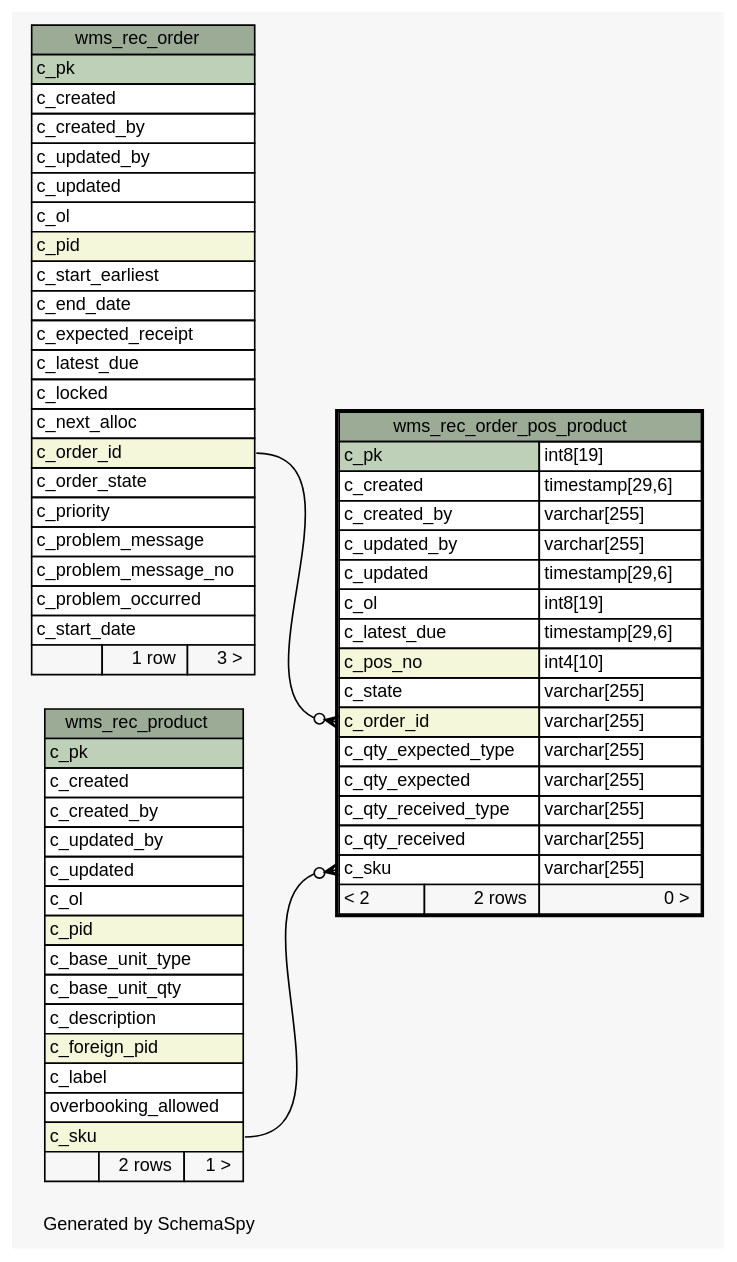
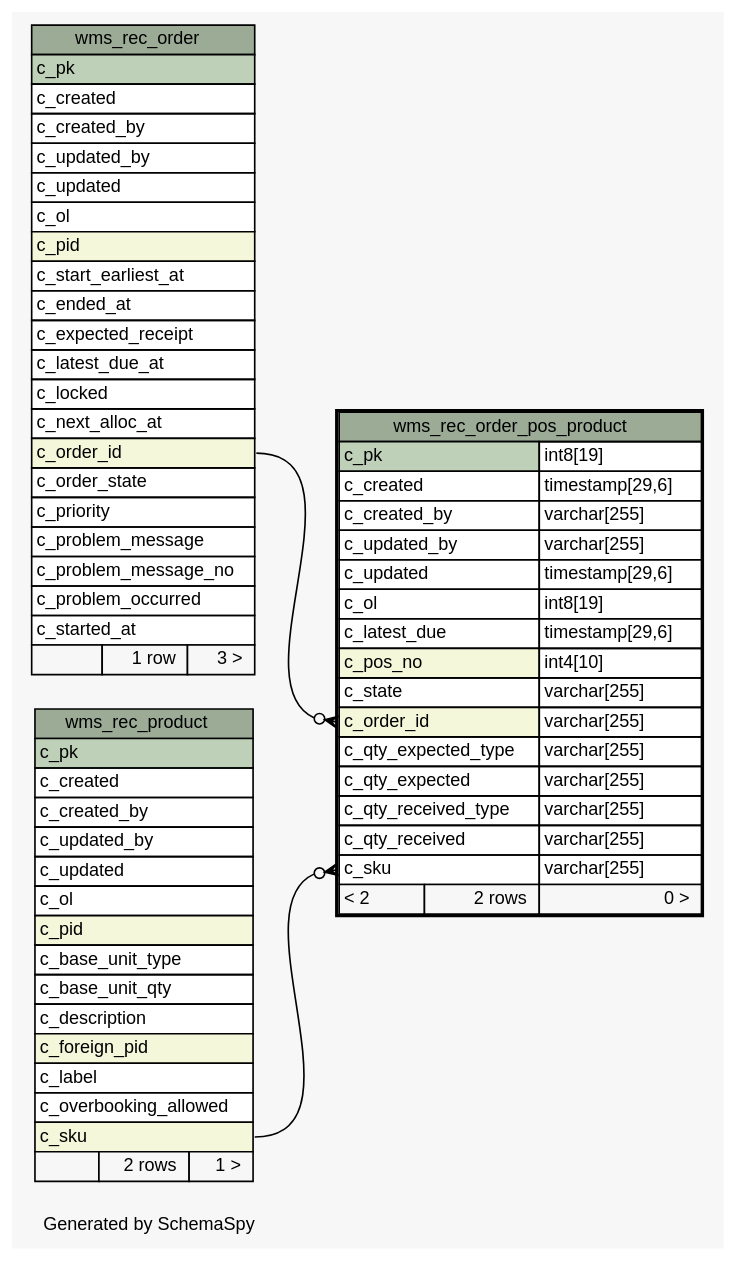
The diagram in 1.0.0-SNAPSHOT/schemaspy/diagrams/wms_rec_order_pos_product.1degree.dot (openwms/org.openwms.wms.receiving.lib), drawn with Graphviz before and after one commit. The commit also changed 454 other files, not shown here.

```diff
--- a/1.0.0-SNAPSHOT/schemaspy/diagrams/wms_rec_order_pos_product.1degree.dot
+++ b/1.0.0-SNAPSHOT/schemaspy/diagrams/wms_rec_order_pos_product.1degree.dot
@@ -1,100 +1,100 @@
 // dot 2.43.0 on Linux 5.15.0-1034-azure
 // SchemaSpy rev Unknown
 digraph "oneDegreeRelationshipsDiagram" {
   graph [
     rankdir="RL"
     bgcolor="#f7f7f7"
     label="\nGenerated by SchemaSpy"
     labeljust="l"
     nodesep="0.18"
     ranksep="0.46"
     fontname="Helvetica"
     fontsize="11"
   ];
   node [
     fontname="Helvetica"
     fontsize="11"
     shape="plaintext"
   ];
   edge [
     arrowsize="0.8"
   ];
   "wms_rec_order_pos_product":"c_order_id":w -> "wms_rec_order":"c_order_id":e [arrowhead=none dir=back arrowtail=crowodot];
   "wms_rec_order_pos_product":"c_sku":w -> "wms_rec_product":"c_sku":e [arrowhead=none dir=back arrowtail=crowodot];
   "wms_rec_order" [
     label=<
     <TABLE BORDER="0" CELLBORDER="1" CELLSPACING="0" BGCOLOR="#ffffff">
       <TR><TD COLSPAN="3" BGCOLOR="#9bab96" ALIGN="CENTER">wms_rec_order</TD></TR>
       <TR><TD PORT="c_pk" COLSPAN="3" BGCOLOR="#bed1b8" ALIGN="LEFT">c_pk</TD></TR>
       <TR><TD PORT="c_created" COLSPAN="3" ALIGN="LEFT">c_created</TD></TR>
       <TR><TD PORT="c_created_by" COLSPAN="3" ALIGN="LEFT">c_created_by</TD></TR>
       <TR><TD PORT="c_updated_by" COLSPAN="3" ALIGN="LEFT">c_updated_by</TD></TR>
       <TR><TD PORT="c_updated" COLSPAN="3" ALIGN="LEFT">c_updated</TD></TR>
       <TR><TD PORT="c_ol" COLSPAN="3" ALIGN="LEFT">c_ol</TD></TR>
       <TR><TD PORT="c_pid" COLSPAN="3" BGCOLOR="#f4f7da" ALIGN="LEFT">c_pid</TD></TR>
-      <TR><TD PORT="c_start_earliest" COLSPAN="3" ALIGN="LEFT">c_start_earliest</TD></TR>
-      <TR><TD PORT="c_end_date" COLSPAN="3" ALIGN="LEFT">c_end_date</TD></TR>
+      <TR><TD PORT="c_start_earliest_at" COLSPAN="3" ALIGN="LEFT">c_start_earliest_at</TD></TR>
+      <TR><TD PORT="c_ended_at" COLSPAN="3" ALIGN="LEFT">c_ended_at</TD></TR>
       <TR><TD PORT="c_expected_receipt" COLSPAN="3" ALIGN="LEFT">c_expected_receipt</TD></TR>
-      <TR><TD PORT="c_latest_due" COLSPAN="3" ALIGN="LEFT">c_latest_due</TD></TR>
+      <TR><TD PORT="c_latest_due_at" COLSPAN="3" ALIGN="LEFT">c_latest_due_at</TD></TR>
       <TR><TD PORT="c_locked" COLSPAN="3" ALIGN="LEFT">c_locked</TD></TR>
-      <TR><TD PORT="c_next_alloc" COLSPAN="3" ALIGN="LEFT">c_next_alloc</TD></TR>
+      <TR><TD PORT="c_next_alloc_at" COLSPAN="3" ALIGN="LEFT">c_next_alloc_at</TD></TR>
       <TR><TD PORT="c_order_id" COLSPAN="3" BGCOLOR="#f4f7da" ALIGN="LEFT">c_order_id</TD></TR>
       <TR><TD PORT="c_order_state" COLSPAN="3" ALIGN="LEFT">c_order_state</TD></TR>
       <TR><TD PORT="c_priority" COLSPAN="3" ALIGN="LEFT">c_priority</TD></TR>
       <TR><TD PORT="c_problem_message" COLSPAN="3" ALIGN="LEFT">c_problem_message</TD></TR>
       <TR><TD PORT="c_problem_message_no" COLSPAN="3" ALIGN="LEFT">c_problem_message_no</TD></TR>
       <TR><TD PORT="c_problem_occurred" COLSPAN="3" ALIGN="LEFT">c_problem_occurred</TD></TR>
-      <TR><TD PORT="c_start_date" COLSPAN="3" ALIGN="LEFT">c_start_date</TD></TR>
+      <TR><TD PORT="c_started_at" COLSPAN="3" ALIGN="LEFT">c_started_at</TD></TR>
       <TR><TD ALIGN="LEFT" BGCOLOR="#f7f7f7">  </TD><TD ALIGN="RIGHT" BGCOLOR="#f7f7f7">1 row</TD><TD ALIGN="RIGHT" BGCOLOR="#f7f7f7">3 &gt;</TD></TR>
     </TABLE>>
     URL="wms_rec_order.html"
     tooltip="wms_rec_order"
   ];
   "wms_rec_order_pos_product" [
     label=<
     <TABLE BORDER="2" CELLBORDER="1" CELLSPACING="0" BGCOLOR="#ffffff">
       <TR><TD COLSPAN="3" BGCOLOR="#9bab96" ALIGN="CENTER">wms_rec_order_pos_product</TD></TR>
       <TR><TD PORT="c_pk" COLSPAN="2" BGCOLOR="#bed1b8" ALIGN="LEFT">c_pk</TD><TD PORT="c_pk.type" ALIGN="LEFT">int8[19]</TD></TR>
       <TR><TD PORT="c_created" COLSPAN="2" ALIGN="LEFT">c_created</TD><TD PORT="c_created.type" ALIGN="LEFT">timestamp[29,6]</TD></TR>
       <TR><TD PORT="c_created_by" COLSPAN="2" ALIGN="LEFT">c_created_by</TD><TD PORT="c_created_by.type" ALIGN="LEFT">varchar[255]</TD></TR>
       <TR><TD PORT="c_updated_by" COLSPAN="2" ALIGN="LEFT">c_updated_by</TD><TD PORT="c_updated_by.type" ALIGN="LEFT">varchar[255]</TD></TR>
       <TR><TD PORT="c_updated" COLSPAN="2" ALIGN="LEFT">c_updated</TD><TD PORT="c_updated.type" ALIGN="LEFT">timestamp[29,6]</TD></TR>
       <TR><TD PORT="c_ol" COLSPAN="2" ALIGN="LEFT">c_ol</TD><TD PORT="c_ol.type" ALIGN="LEFT">int8[19]</TD></TR>
       <TR><TD PORT="c_latest_due" COLSPAN="2" ALIGN="LEFT">c_latest_due</TD><TD PORT="c_latest_due.type" ALIGN="LEFT">timestamp[29,6]</TD></TR>
       <TR><TD PORT="c_pos_no" COLSPAN="2" BGCOLOR="#f4f7da" ALIGN="LEFT">c_pos_no</TD><TD PORT="c_pos_no.type" ALIGN="LEFT">int4[10]</TD></TR>
       <TR><TD PORT="c_state" COLSPAN="2" ALIGN="LEFT">c_state</TD><TD PORT="c_state.type" ALIGN="LEFT">varchar[255]</TD></TR>
       <TR><TD PORT="c_order_id" COLSPAN="2" BGCOLOR="#f4f7da" ALIGN="LEFT">c_order_id</TD><TD PORT="c_order_id.type" ALIGN="LEFT">varchar[255]</TD></TR>
       <TR><TD PORT="c_qty_expected_type" COLSPAN="2" ALIGN="LEFT">c_qty_expected_type</TD><TD PORT="c_qty_expected_type.type" ALIGN="LEFT">varchar[255]</TD></TR>
       <TR><TD PORT="c_qty_expected" COLSPAN="2" ALIGN="LEFT">c_qty_expected</TD><TD PORT="c_qty_expected.type" ALIGN="LEFT">varchar[255]</TD></TR>
       <TR><TD PORT="c_qty_received_type" COLSPAN="2" ALIGN="LEFT">c_qty_received_type</TD><TD PORT="c_qty_received_type.type" ALIGN="LEFT">varchar[255]</TD></TR>
       <TR><TD PORT="c_qty_received" COLSPAN="2" ALIGN="LEFT">c_qty_received</TD><TD PORT="c_qty_received.type" ALIGN="LEFT">varchar[255]</TD></TR>
       <TR><TD PORT="c_sku" COLSPAN="2" ALIGN="LEFT">c_sku</TD><TD PORT="c_sku.type" ALIGN="LEFT">varchar[255]</TD></TR>
       <TR><TD ALIGN="LEFT" BGCOLOR="#f7f7f7">&lt; 2</TD><TD ALIGN="RIGHT" BGCOLOR="#f7f7f7">2 rows</TD><TD ALIGN="RIGHT" BGCOLOR="#f7f7f7">0 &gt;</TD></TR>
     </TABLE>>
     URL="wms_rec_order_pos_product.html"
     tooltip="wms_rec_order_pos_product"
   ];
   "wms_rec_product" [
     label=<
     <TABLE BORDER="0" CELLBORDER="1" CELLSPACING="0" BGCOLOR="#ffffff">
       <TR><TD COLSPAN="3" BGCOLOR="#9bab96" ALIGN="CENTER">wms_rec_product</TD></TR>
       <TR><TD PORT="c_pk" COLSPAN="3" BGCOLOR="#bed1b8" ALIGN="LEFT">c_pk</TD></TR>
       <TR><TD PORT="c_created" COLSPAN="3" ALIGN="LEFT">c_created</TD></TR>
       <TR><TD PORT="c_created_by" COLSPAN="3" ALIGN="LEFT">c_created_by</TD></TR>
       <TR><TD PORT="c_updated_by" COLSPAN="3" ALIGN="LEFT">c_updated_by</TD></TR>
       <TR><TD PORT="c_updated" COLSPAN="3" ALIGN="LEFT">c_updated</TD></TR>
       <TR><TD PORT="c_ol" COLSPAN="3" ALIGN="LEFT">c_ol</TD></TR>
       <TR><TD PORT="c_pid" COLSPAN="3" BGCOLOR="#f4f7da" ALIGN="LEFT">c_pid</TD></TR>
       <TR><TD PORT="c_base_unit_type" COLSPAN="3" ALIGN="LEFT">c_base_unit_type</TD></TR>
       <TR><TD PORT="c_base_unit_qty" COLSPAN="3" ALIGN="LEFT">c_base_unit_qty</TD></TR>
       <TR><TD PORT="c_description" COLSPAN="3" ALIGN="LEFT">c_description</TD></TR>
       <TR><TD PORT="c_foreign_pid" COLSPAN="3" BGCOLOR="#f4f7da" ALIGN="LEFT">c_foreign_pid</TD></TR>
       <TR><TD PORT="c_label" COLSPAN="3" ALIGN="LEFT">c_label</TD></TR>
-      <TR><TD PORT="overbooking_allowed" COLSPAN="3" ALIGN="LEFT">overbooking_allowed</TD></TR>
+      <TR><TD PORT="c_overbooking_allowed" COLSPAN="3" ALIGN="LEFT">c_overbooking_allowed</TD></TR>
       <TR><TD PORT="c_sku" COLSPAN="3" BGCOLOR="#f4f7da" ALIGN="LEFT">c_sku</TD></TR>
       <TR><TD ALIGN="LEFT" BGCOLOR="#f7f7f7">  </TD><TD ALIGN="RIGHT" BGCOLOR="#f7f7f7">2 rows</TD><TD ALIGN="RIGHT" BGCOLOR="#f7f7f7">1 &gt;</TD></TR>
     </TABLE>>
     URL="wms_rec_product.html"
     tooltip="wms_rec_product"
   ];
 }
```
